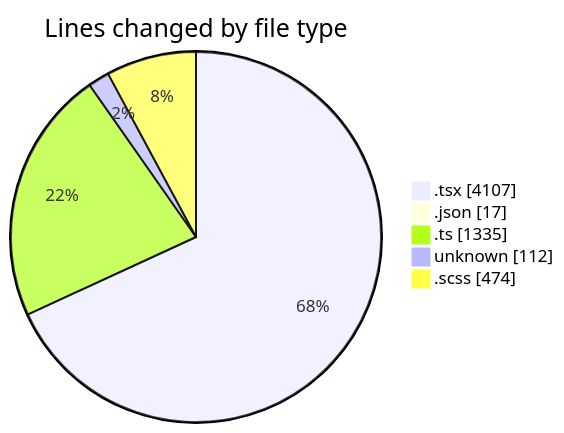
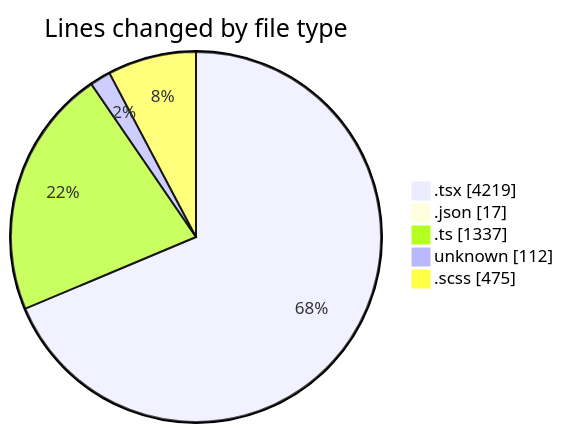
One commit to momahboobian/code-tracking changed the first of 2 diagrams in 2026-04-30/cda/README.md. Above: the diagram before and after it, drawn with Mermaid. The commit also changed other lines of this file and 1 other file, not shown here.

````diff
--- a/2026-04-30/cda/README.md
+++ b/2026-04-30/cda/README.md
@@ -67,9 +68,9 @@
 ```mermaid
 pie showData
 title Lines changed by file type
-".tsx" : 4107
+".tsx" : 4219
 ".json" : 17
-".ts" : 1335
+".ts" : 1337
 "unknown" : 112
-".scss" : 474
+".scss" : 475
 ```
````
